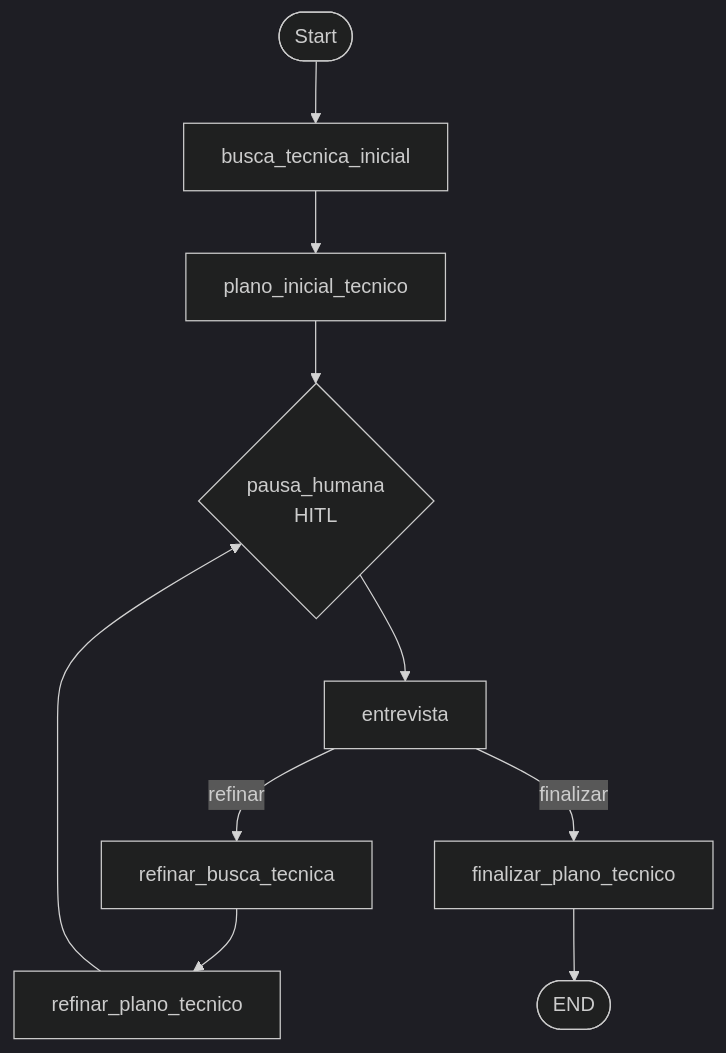
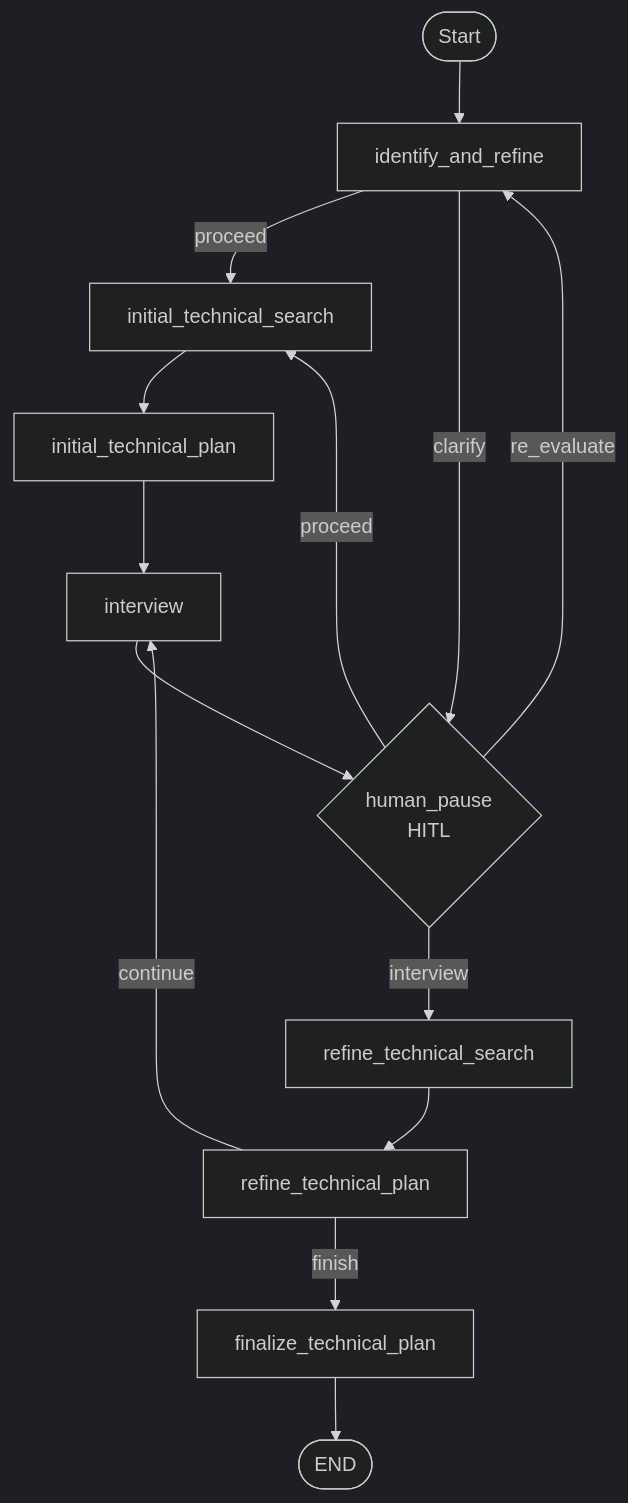
One commit to duartejr/revisao_agents changed the second of 3 diagrams in docs/mermaid_diagram.md. Above: the diagram before and after it, drawn with Mermaid (dark theme). The commit also changed other lines of this file and 5 other files, not shown here.

````diff
--- a/docs/mermaid_diagram.md
+++ b/docs/mermaid_diagram.md
@@ -20,12 +24,16 @@
 ```mermaid
 flowchart TD
-    A([Start]) --> B[busca_tecnica_inicial]
-    B --> C[plano_inicial_tecnico]
-    C --> D{pausa_humana\nHITL}
-    D --> E[entrevista]
-    E -->|refinar| F[refinar_busca_tecnica]
-    E -->|finalizar| G[finalizar_plano_tecnico]
-    F --> H[refinar_plano_tecnico]
-    H --> D
+    A([Start]) --> IR[identify_and_refine]
+    IR -->|proceed| B[initial_technical_search]
+    IR -->|clarify| D{human_pause\nHITL}
+    D -->|re_evaluate| IR
+    D -->|proceed| B
+    D -->|interview| F[refine_technical_search]
+    B --> C[initial_technical_plan]
+    C --> E[interview]
+    E --> D
+    F --> H[refine_technical_plan]
+    H -->|continue| E
+    H -->|finish| G[finalize_technical_plan]
     G --> Z([END])
 ```
````
